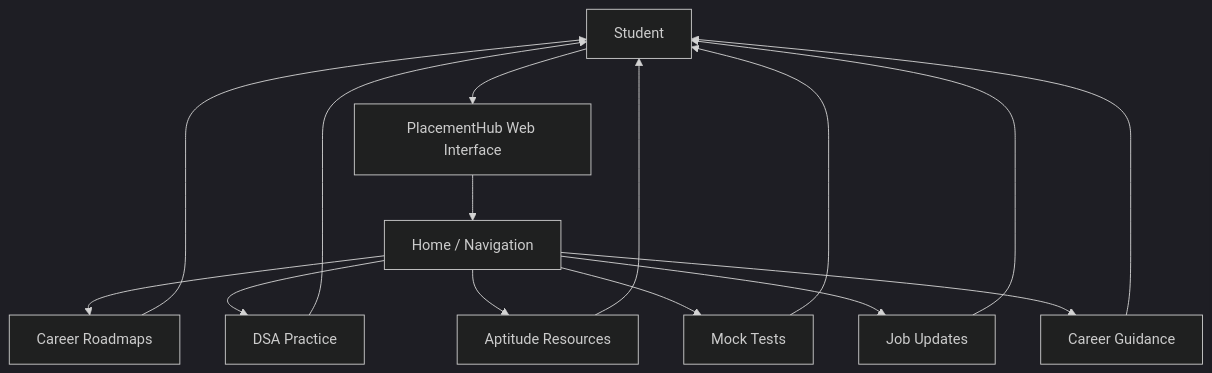
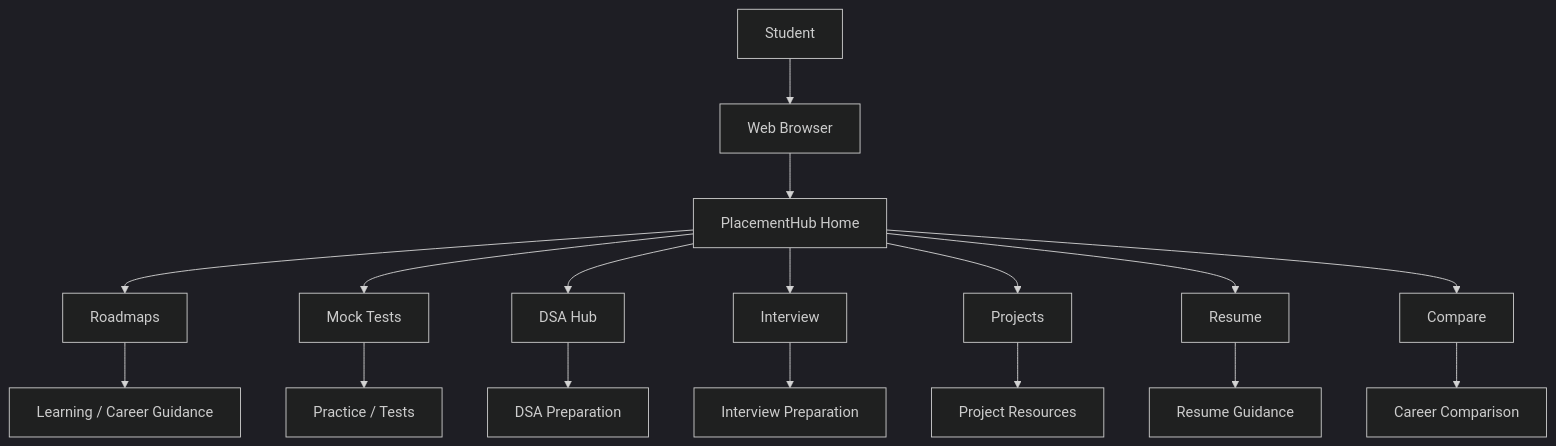
One commit to Sreehitha24/PlacementHub changed the first of 5 diagrams in README.md. Above: the diagram before and after it, drawn with Mermaid (dark theme). The commit also changed other lines of this file, not shown here.

````diff
--- a/README.md
+++ b/README.md
@@ -53,17 +216,25 @@
 ```mermaid
 flowchart TD
-    U[Student] --> UI[PlacementHub Web Interface]
-    UI --> H[Home / Navigation]
-    H --> R[Career Roadmaps]
-    H --> D[DSA Practice]
-    H --> A[Aptitude Resources]
+
+    U[Student]
+
+    U --> B[Web Browser]
+
+    B --> H[PlacementHub Home]
+
+    H --> R[Roadmaps]
     H --> M[Mock Tests]
-    H --> J[Job Updates]
-    H --> C[Career Guidance]
-    R --> U
-    D --> U
-    A --> U
-    M --> U
-    J --> U
-    C --> U
+    H --> D[DSA Hub]
+    H --> I[Interview]
+    H --> P[Projects]
+    H --> RS[Resume]
+    H --> C[Compare]
+
+    R --> L[Learning / Career Guidance]
+    M --> T[Practice / Tests]
+    D --> A[DSA Preparation]
+    I --> Q[Interview Preparation]
+    P --> PI[Project Resources]
+    RS --> RG[Resume Guidance]
+    C --> CC[Career Comparison]
 ```
````
